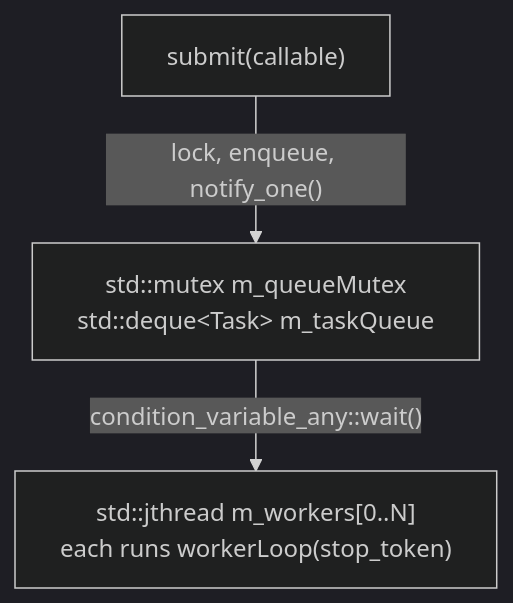
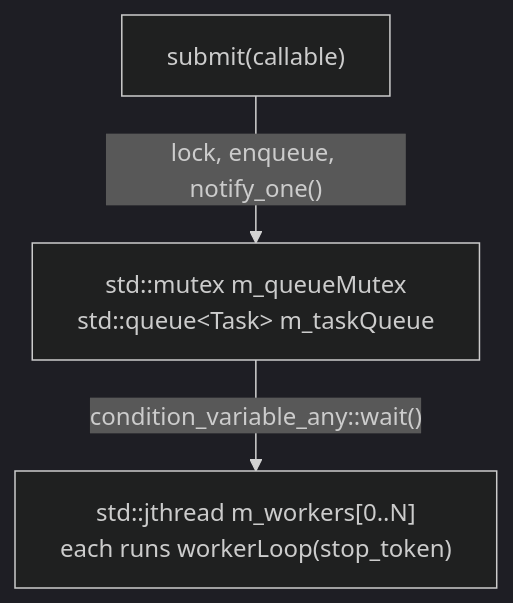
The first of 2 diagrams in docs/concurrent.md (lasser-j/sysmon), drawn with Mermaid (dark theme) before and after one commit. The commit also changed other lines of this file and 7 other files, not shown here.

````diff
--- a/docs/concurrent.md
+++ b/docs/concurrent.md
@@ -18,10 +18,10 @@
 ```mermaid
 flowchart TD
     S["submit(callable)"]
     %% used &nbsp; instead of blank space to force the text on the same line
-    Q["std::mutex m_queueMutex\nstd::deque&lt;Task&gt;&nbsp;m_taskQueue"]
+    Q["std::mutex m_queueMutex\nstd::queue&lt;Task&gt;&nbsp;m_taskQueue"]
     W["std::jthread&nbsp;m_workers[0..N]\neach&nbsp;runs&nbsp;workerLoop(stop_token)"]
 
     S -->|"lock, enqueue, notify_one()"| Q
     Q -->|"condition_variable_any::wait()"| W
 ```
````
